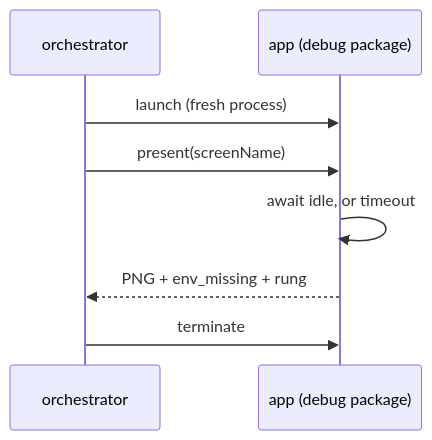
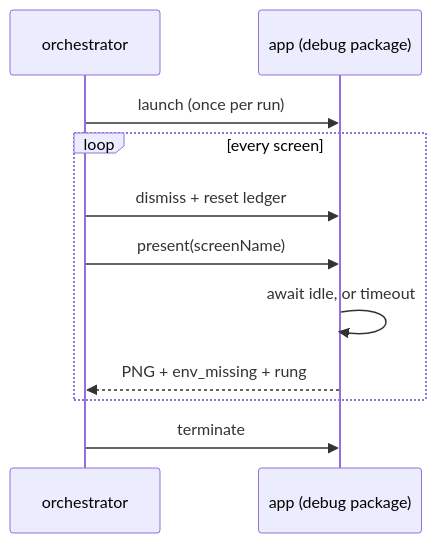
Before and after one commit to callstackincubator/codex-mobile-dev-plugin: the second of 2 diagrams in docs/swiftui-plan.md, drawn with Mermaid. The commit also changed other lines of this file and 34 other files, not shown here.

Commit message:
feat(swiftui): working app-flow

````diff
--- a/docs/swiftui-plan.md
+++ b/docs/swiftui-plan.md
@@ -95,10 +214,13 @@
 ```mermaid
 sequenceDiagram
   participant O as orchestrator
   participant A as app (debug package)
-  O->>A: launch (fresh process)
-  O->>A: present(screenName)
-  A->>A: await idle, or timeout
-  A-->>O: PNG + env_missing + rung
+  O->>A: launch (once per run)
+  loop every screen
+    O->>A: dismiss + reset ledger
+    O->>A: present(screenName)
+    A->>A: await idle, or timeout
+    A-->>O: PNG + env_missing + rung
+  end
   O->>A: terminate
 ```
````
